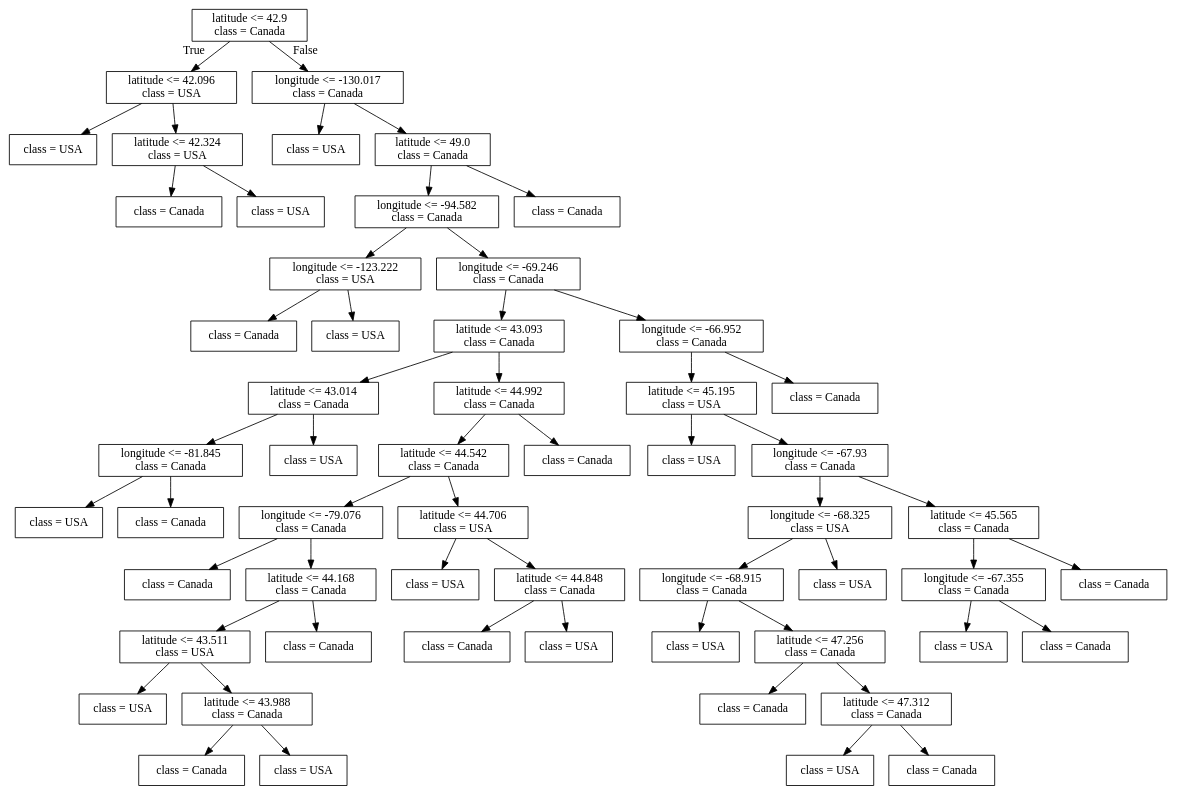
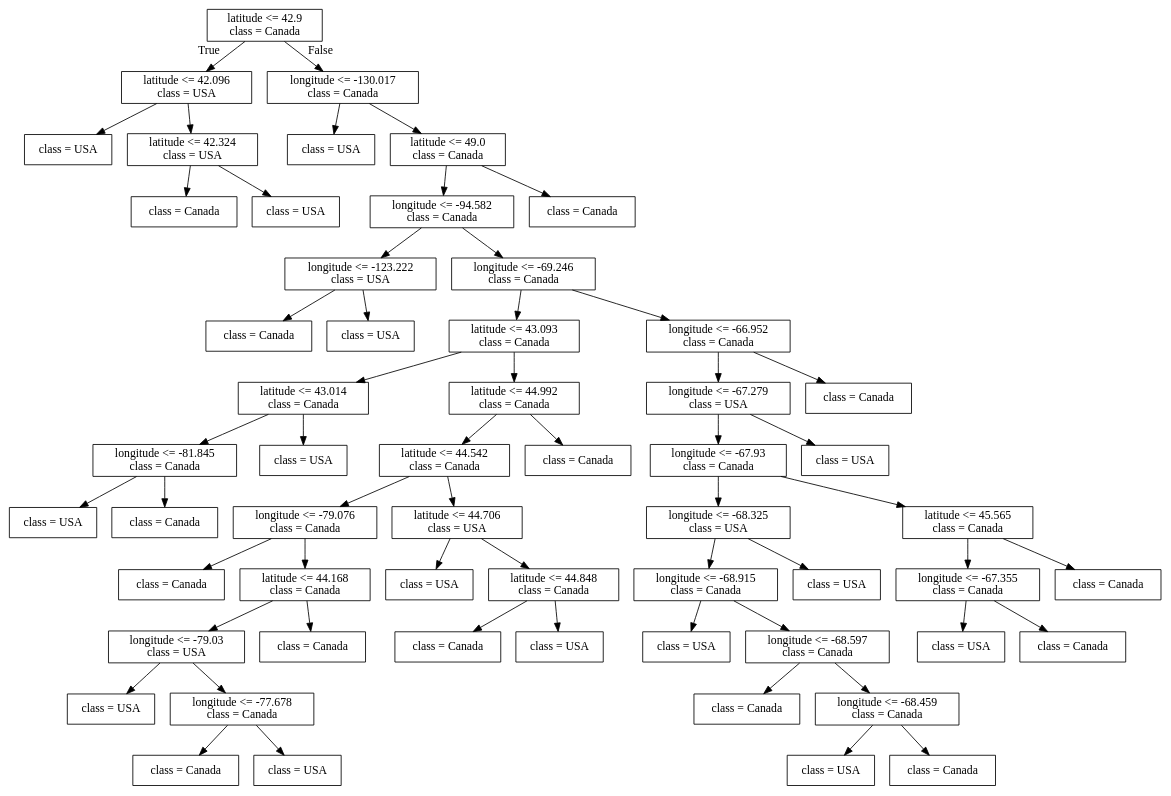
Before and after one commit to bait509-ubc/BAIT509: the diagram in lectures/Source.gv, drawn with Graphviz. The commit also changed 84 other files, not shown here.

```diff
--- a/lectures/Source.gv
+++ b/lectures/Source.gv
@@ -1,116 +1,116 @@
 digraph Tree {
 node [shape=box] ;
 0 [label="latitude <= 42.9\nclass = Canada"] ;
 1 [label="latitude <= 42.096\nclass = USA"] ;
 0 -> 1 [labeldistance=2.5, labelangle=45, headlabel="True"] ;
 2 [label="class = USA"] ;
 1 -> 2 ;
 3 [label="latitude <= 42.324\nclass = USA"] ;
 1 -> 3 ;
 4 [label="class = Canada"] ;
 3 -> 4 ;
 5 [label="class = USA"] ;
 3 -> 5 ;
 6 [label="longitude <= -130.017\nclass = Canada"] ;
 0 -> 6 [labeldistance=2.5, labelangle=-45, headlabel="False"] ;
 7 [label="class = USA"] ;
 6 -> 7 ;
 8 [label="latitude <= 49.0\nclass = Canada"] ;
 6 -> 8 ;
 9 [label="longitude <= -94.582\nclass = Canada"] ;
 8 -> 9 ;
 10 [label="longitude <= -123.222\nclass = USA"] ;
 9 -> 10 ;
 11 [label="class = Canada"] ;
 10 -> 11 ;
 12 [label="class = USA"] ;
 10 -> 12 ;
 13 [label="longitude <= -69.246\nclass = Canada"] ;
 9 -> 13 ;
 14 [label="latitude <= 43.093\nclass = Canada"] ;
 13 -> 14 ;
 15 [label="latitude <= 43.014\nclass = Canada"] ;
 14 -> 15 ;
 16 [label="longitude <= -81.845\nclass = Canada"] ;
 15 -> 16 ;
 17 [label="class = USA"] ;
 16 -> 17 ;
 18 [label="class = Canada"] ;
 16 -> 18 ;
 19 [label="class = USA"] ;
 15 -> 19 ;
 20 [label="latitude <= 44.992\nclass = Canada"] ;
 14 -> 20 ;
 21 [label="latitude <= 44.542\nclass = Canada"] ;
 20 -> 21 ;
 22 [label="longitude <= -79.076\nclass = Canada"] ;
 21 -> 22 ;
 23 [label="class = Canada"] ;
 22 -> 23 ;
 24 [label="latitude <= 44.168\nclass = Canada"] ;
 22 -> 24 ;
-25 [label="latitude <= 43.511\nclass = USA"] ;
+25 [label="longitude <= -79.03\nclass = USA"] ;
 24 -> 25 ;
 26 [label="class = USA"] ;
 25 -> 26 ;
-27 [label="latitude <= 43.988\nclass = Canada"] ;
+27 [label="longitude <= -77.678\nclass = Canada"] ;
 25 -> 27 ;
 28 [label="class = Canada"] ;
 27 -> 28 ;
 29 [label="class = USA"] ;
 27 -> 29 ;
 30 [label="class = Canada"] ;
 24 -> 30 ;
 31 [label="latitude <= 44.706\nclass = USA"] ;
 21 -> 31 ;
 32 [label="class = USA"] ;
 31 -> 32 ;
 33 [label="latitude <= 44.848\nclass = Canada"] ;
 31 -> 33 ;
 34 [label="class = Canada"] ;
 33 -> 34 ;
 35 [label="class = USA"] ;
 33 -> 35 ;
 36 [label="class = Canada"] ;
 20 -> 36 ;
 37 [label="longitude <= -66.952\nclass = Canada"] ;
 13 -> 37 ;
-38 [label="latitude <= 45.195\nclass = USA"] ;
+38 [label="longitude <= -67.279\nclass = USA"] ;
 37 -> 38 ;
-39 [label="class = USA"] ;
+39 [label="longitude <= -67.93\nclass = Canada"] ;
 38 -> 39 ;
-40 [label="longitude <= -67.93\nclass = Canada"] ;
-38 -> 40 ;
-41 [label="longitude <= -68.325\nclass = USA"] ;
+40 [label="longitude <= -68.325\nclass = USA"] ;
+39 -> 40 ;
+41 [label="longitude <= -68.915\nclass = Canada"] ;
 40 -> 41 ;
-42 [label="longitude <= -68.915\nclass = Canada"] ;
+42 [label="class = USA"] ;
 41 -> 42 ;
-43 [label="class = USA"] ;
-42 -> 43 ;
-44 [label="latitude <= 47.256\nclass = Canada"] ;
-42 -> 44 ;
-45 [label="class = Canada"] ;
-44 -> 45 ;
-46 [label="latitude <= 47.312\nclass = Canada"] ;
-44 -> 46 ;
-47 [label="class = USA"] ;
-46 -> 47 ;
-48 [label="class = Canada"] ;
-46 -> 48 ;
-49 [label="class = USA"] ;
-41 -> 49 ;
-50 [label="latitude <= 45.565\nclass = Canada"] ;
-40 -> 50 ;
-51 [label="longitude <= -67.355\nclass = Canada"] ;
+43 [label="longitude <= -68.597\nclass = Canada"] ;
+41 -> 43 ;
+44 [label="class = Canada"] ;
+43 -> 44 ;
+45 [label="longitude <= -68.459\nclass = Canada"] ;
+43 -> 45 ;
+46 [label="class = USA"] ;
+45 -> 46 ;
+47 [label="class = Canada"] ;
+45 -> 47 ;
+48 [label="class = USA"] ;
+40 -> 48 ;
+49 [label="latitude <= 45.565\nclass = Canada"] ;
+39 -> 49 ;
+50 [label="longitude <= -67.355\nclass = Canada"] ;
+49 -> 50 ;
+51 [label="class = USA"] ;
 50 -> 51 ;
-52 [label="class = USA"] ;
-51 -> 52 ;
+52 [label="class = Canada"] ;
+50 -> 52 ;
 53 [label="class = Canada"] ;
-51 -> 53 ;
-54 [label="class = Canada"] ;
-50 -> 54 ;
+49 -> 53 ;
+54 [label="class = USA"] ;
+38 -> 54 ;
 55 [label="class = Canada"] ;
 37 -> 55 ;
 56 [label="class = Canada"] ;
 8 -> 56 ;
 }
```
